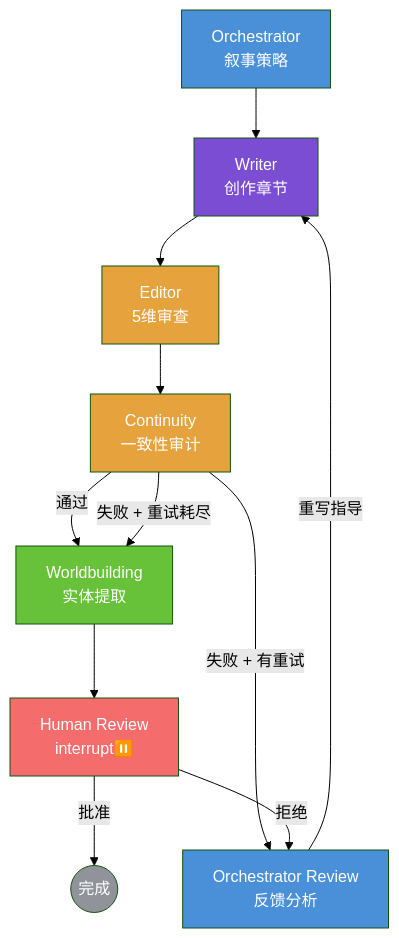
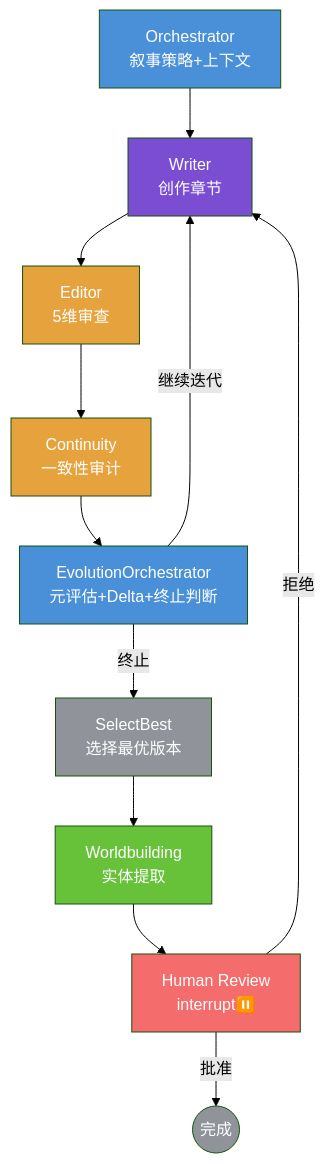
One commit to alph-cmky/novel-agent changed the diagram in README.md. Above: the diagram before and after it, drawn with Mermaid (forest theme). The commit also changed other lines of this file, not shown here.

````diff
--- a/README.md
+++ b/README.md
@@ -57,22 +57,23 @@
 ```mermaid
 graph TD
-    O[Orchestrator<br/>叙事策略] --> W[Writer<br/>创作章节]
+    O[Orchestrator<br/>叙事策略+上下文] --> W[Writer<br/>创作章节]
     W --> E[Editor<br/>5维审查]
     E --> C[Continuity<br/>一致性审计]
-    C -->|通过| WB[Worldbuilding<br/>实体提取]
-    C -->|失败 + 有重试| OR[Orchestrator Review<br/>反馈分析]
-    C -->|失败 + 重试耗尽| WB
-    OR -->|重写指导| W
+    C --> EO[EvolutionOrchestrator<br/>元评估+Delta+终止判断]
+    EO -->|继续迭代| W
+    EO -->|终止| SB[SelectBest<br/>选择最优版本]
+    SB --> WB[Worldbuilding<br/>实体提取]
     WB --> H[Human Review<br/>interrupt⏸️]
     H -->|批准| DONE((完成))
-    H -->|拒绝| OR
+    H -->|拒绝| W
 
     style O fill:#4a90d9,color:#fff
     style W fill:#7b4dd3,color:#fff
     style E fill:#e6a23c,color:#fff
     style C fill:#e6a23c,color:#fff
-    style OR fill:#4a90d9,color:#fff
+    style EO fill:#4a90d9,color:#fff
+    style SB fill:#909399,color:#fff
     style WB fill:#67c23a,color:#fff
     style H fill:#f56c6c,color:#fff
     style DONE fill:#909399,color:#fff
 ```
````
